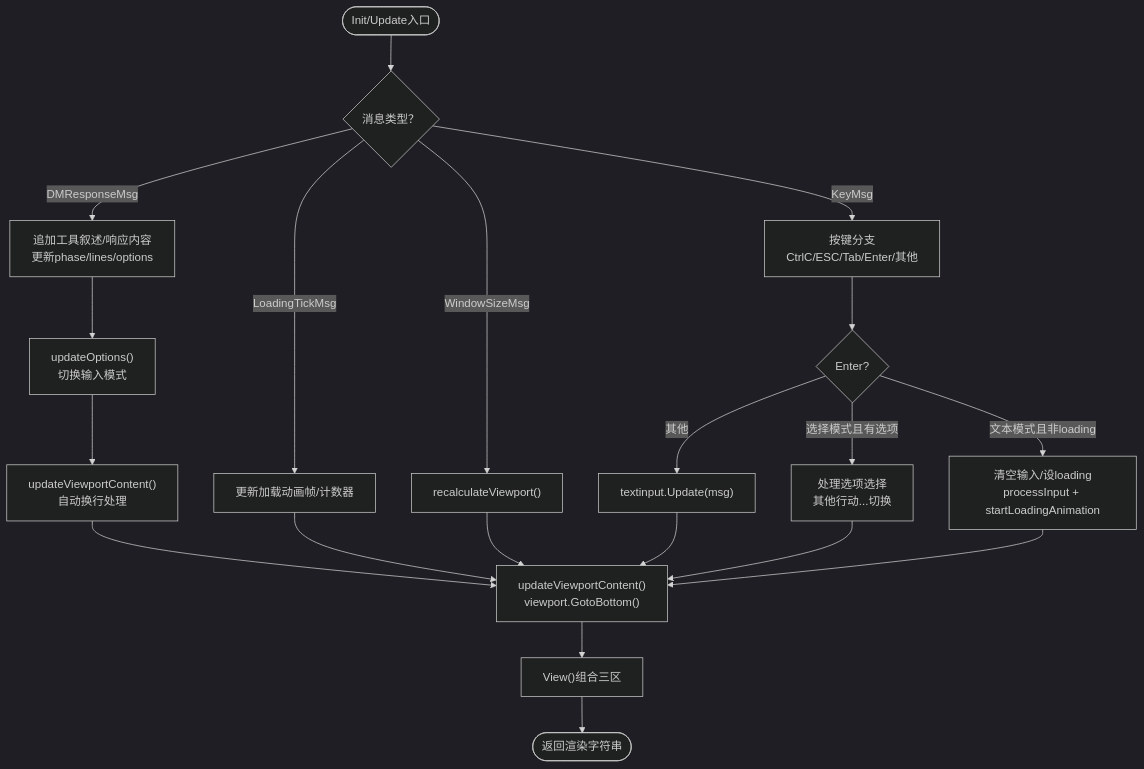
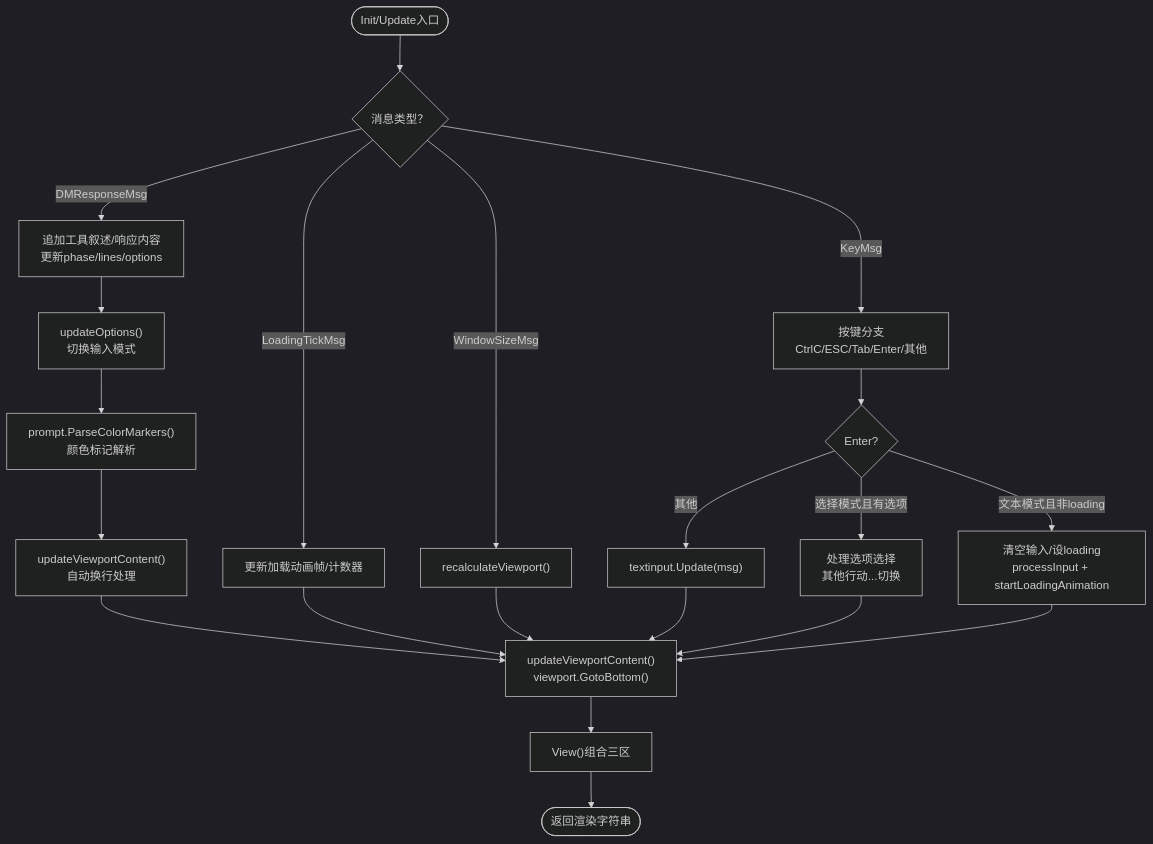
Before and after one commit to zwh8800/cdnd: the third of 6 diagrams in .qoder/repowiki/zh/content/用户界面/用户界面.md, drawn with Mermaid (dark theme). The commit also changed other lines of this file and 23 other files, not shown here.

````diff
--- a/.qoder/repowiki/zh/content/用户界面/用户界面.md
+++ b/.qoder/repowiki/zh/content/用户界面/用户界面.md
@@ -177,22 +194,23 @@
 ```mermaid
 flowchart TD
 Start(["Init/Update入口"]) --> CheckMsg{"消息类型？"}
 CheckMsg --> |KeyMsg| KeySwitch["按键分支<br/>CtrlC/ESC/Tab/Enter/其他"]
 CheckMsg --> |WindowSizeMsg| Recalc["recalculateViewport()"]
 CheckMsg --> |DMResponseMsg| UpdateLines["追加工具叙述/响应内容<br/>更新phase/lines/options"]
 CheckMsg --> |LoadingTickMsg| TickAnim["更新加载动画帧/计数器"]
 KeySwitch --> EnterBranch{"Enter?"}
 EnterBranch --> |选择模式且有选项| SelectEnter["处理选项选择<br/>其他行动...切换"]
 EnterBranch --> |文本模式且非loading| Submit["清空输入/设loading<br/>processInput + startLoadingAnimation"]
 EnterBranch --> |其他| TextInput["textinput.Update(msg)"]
 UpdateLines --> UpdateOptions["updateOptions()<br/>切换输入模式"]
-UpdateOptions --> WrapContent["updateViewportContent()<br/>自动换行处理"]
+UpdateOptions --> ParseColors["prompt.ParseColorMarkers()<br/>颜色标记解析"]
+ParseColors --> WrapContent["updateViewportContent()<br/>自动换行处理"]
 WrapContent --> Render["updateViewportContent()<br/>viewport.GotoBottom()"]
 TickAnim --> Render
 Recalc --> Render
 TextInput --> Render
 SelectEnter --> Render
 Submit --> Render
 Render --> ViewOut["View()组合三区"]
 ViewOut --> End(["返回渲染字符串"])
 ```
````
